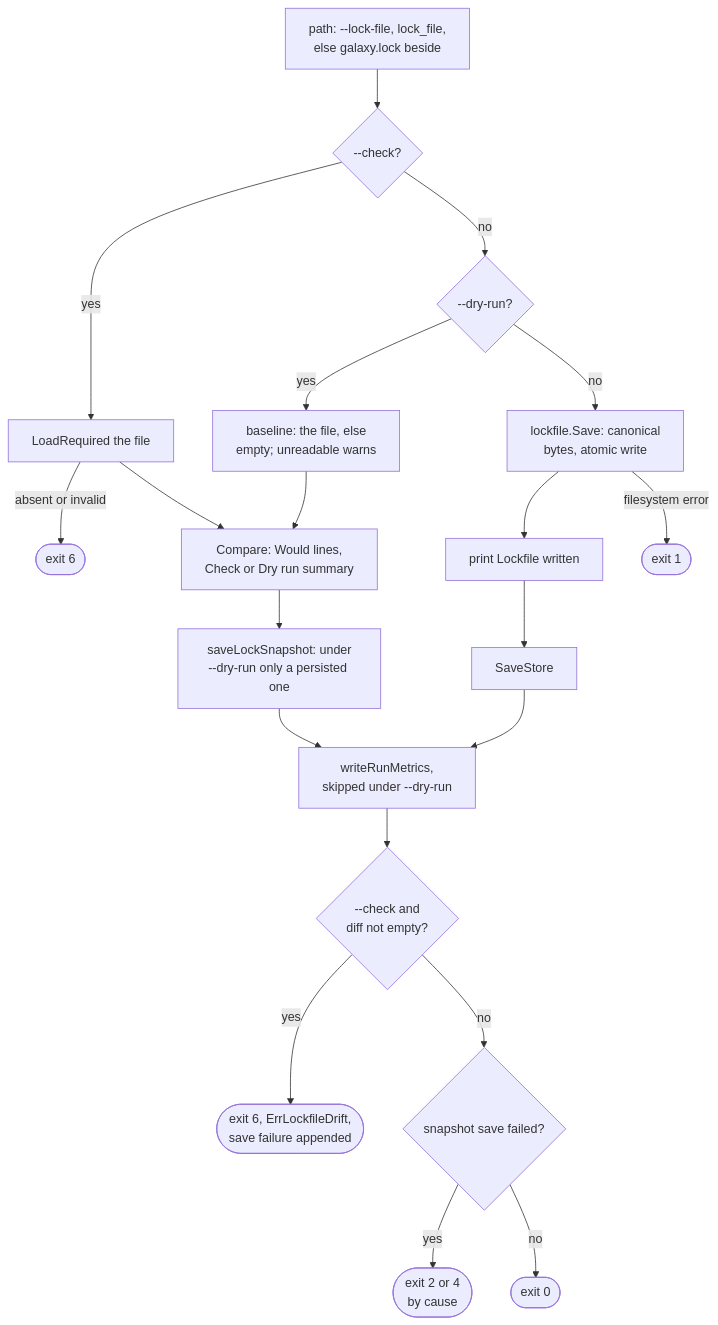
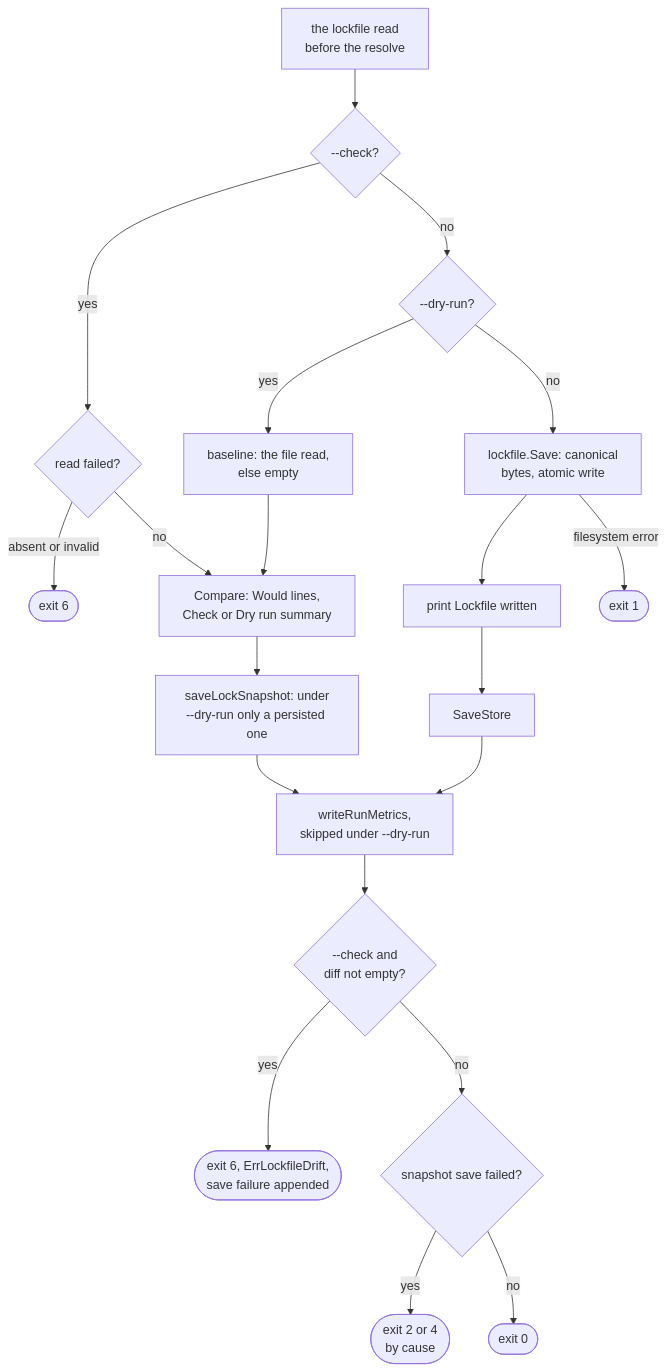
The fifth of 5 diagrams in docs/internals/flow-lock.md (greeddj/go-galaxy), drawn with Mermaid before and after one commit. The commit also changed other lines of this file and 53 other files, not shown here.

````diff
--- a/docs/internals/flow-lock.md
+++ b/docs/internals/flow-lock.md
@@ -79,22 +134,22 @@
 ```mermaid
 flowchart TD
-  W0["path: --lock-file, lock_file,<br/>else galaxy.lock beside"] --> W1{"--check?"}
-  W1 -->|"yes"| W2["LoadRequired the file"]
+  W0["the lockfile read<br/>before the resolve"] --> W1{"--check?"}
+  W1 -->|"yes"| W2{"read failed?"}
   W1 -->|"no"| W4{"--dry-run?"}
   W2 -->|"absent or invalid"| X6(["exit 6"])
-  W2 --> W3["Compare: Would lines,<br/>Check or Dry run summary"]
-  W4 -->|"yes"| W5["baseline: the file, else<br/>empty; unreadable warns"]
+  W2 -->|"no"| W3["Compare: Would lines,<br/>Check or Dry run summary"]
+  W4 -->|"yes"| W5["baseline: the file read,<br/>else empty"]
   W4 -->|"no"| W7["lockfile.Save: canonical<br/>bytes, atomic write"]
   W5 --> W3
   W7 --> W8["print Lockfile written"]
   W7 -->|"filesystem error"| X1(["exit 1"])
   W3 --> W9["saveLockSnapshot: under<br/>--dry-run only a persisted one"]
   W8 --> W10["SaveStore"]
   W9 --> W11["writeRunMetrics,<br/>skipped under --dry-run"]
   W10 --> W11
   W11 --> W12{"--check and<br/>diff not empty?"}
   W12 -->|"yes"| X6D(["exit 6, ErrLockfileDrift,<br/>save failure appended"])
   W12 -->|"no"| W13{"snapshot save failed?"}
   W13 -->|"yes"| XS(["exit 2 or 4<br/>by cause"])
   W13 -->|"no"| X0(["exit 0"])
 ```
````
